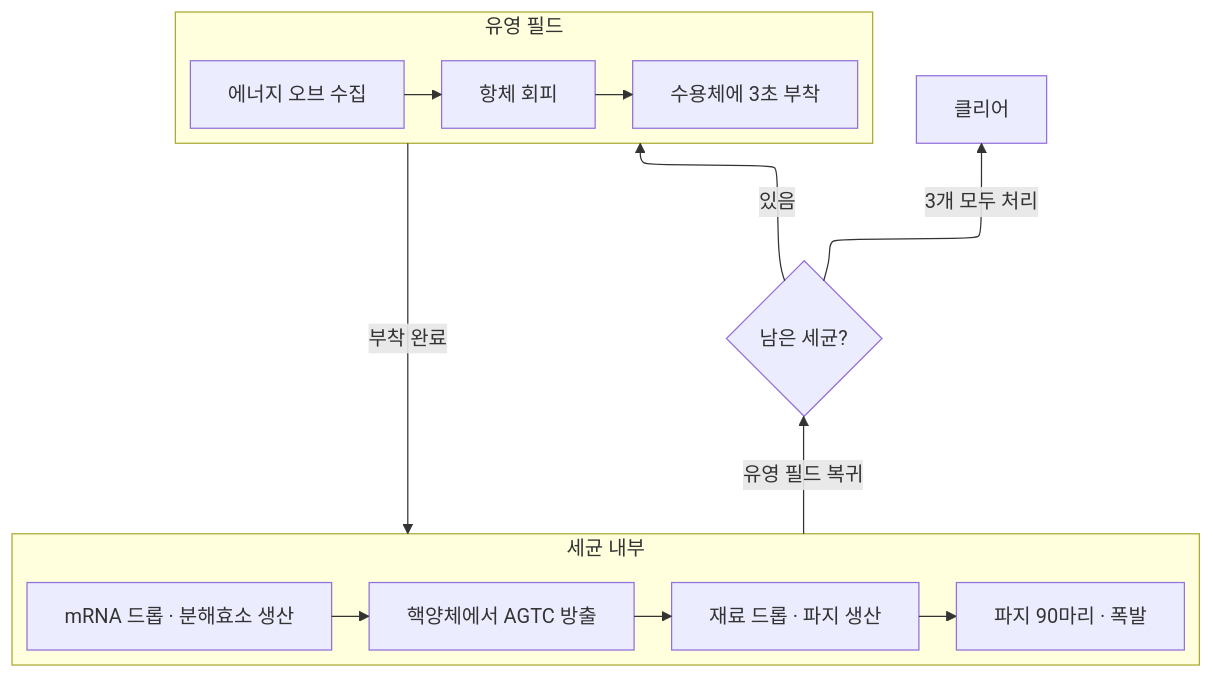
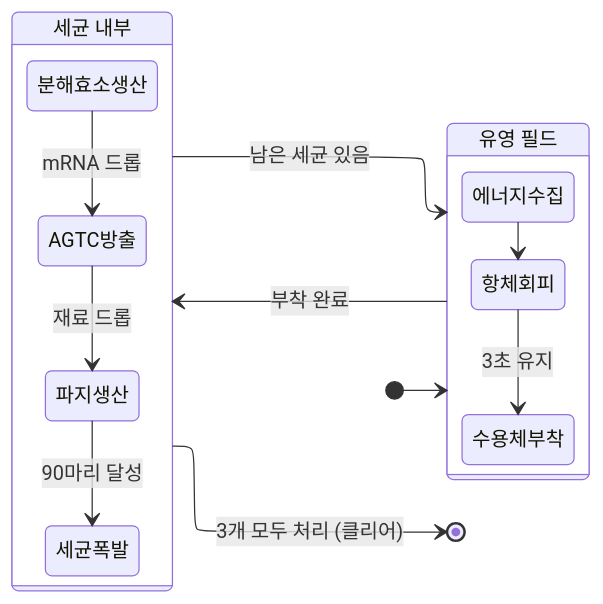
Before and after one commit to Lets-Gitit/portfolio: the first of 6 diagrams in src/0-super-phage/기술 문서.md, drawn with Mermaid. The commit also changed other lines of this file and 3 other files, not shown here.

````diff
--- a/src/0-super-phage/기술 문서.md
+++ b/src/0-super-phage/기술 문서.md
@@ -51,20 +73,24 @@
 ```mermaid
 ---
 config:
   layout: elk
 ---
-flowchart BT
-    %% BT(아래→위)로 적어야 ELK에서 유영 필드 줄이 위에 놓인다
-    subgraph Swim["유영 필드"]
-        direction LR
-        A["에너지 오브 수집"] --> B["항체 회피"] --> C["수용체에 3초 부착"]
-    end
-    subgraph Bac["세균 내부"]
-        direction LR
-        D["mRNA 드롭 · 분해효소 생산"] --> E["핵양체에서 AGTC 방출"] --> F["재료 드롭 · 파지 생산"] --> G["파지 90마리 · 폭발"]
-    end
-    Swim -->|"부착 완료"| Bac
-    Bac -->|"유영 필드 복귀"| Q{"남은 세균?"}
-    Q -->|"있음"| Swim
-    Q -->|"3개 모두 처리"| I["클리어"]
+stateDiagram-v2
+    direction LR
+    [*] --> 유영필드
+
+    state "유영 필드" as 유영필드 {
+        에너지수집 --> 항체회피
+        항체회피 --> 수용체부착 : 3초 유지
+    }
+
+    state "세균 내부" as 세균내부 {
+        분해효소생산 --> AGTC방출 : mRNA 드롭
+        AGTC방출 --> 파지생산 : 재료 드롭
+        파지생산 --> 세균폭발 : 90마리 달성
+    }
+
+    유영필드 --> 세균내부 : 부착 완료
+    세균내부 --> 유영필드 : 남은 세균 있음
+    세균내부 --> [*] : 3개 모두 처리 (클리어)
 ```
````
